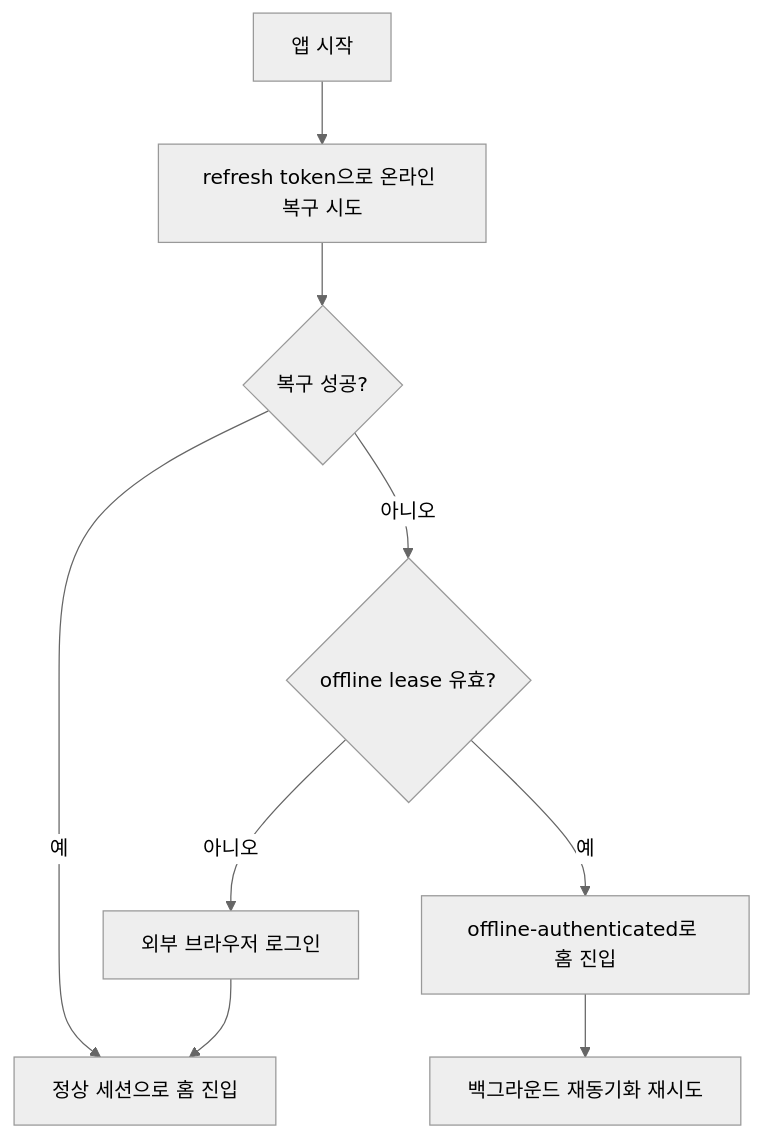
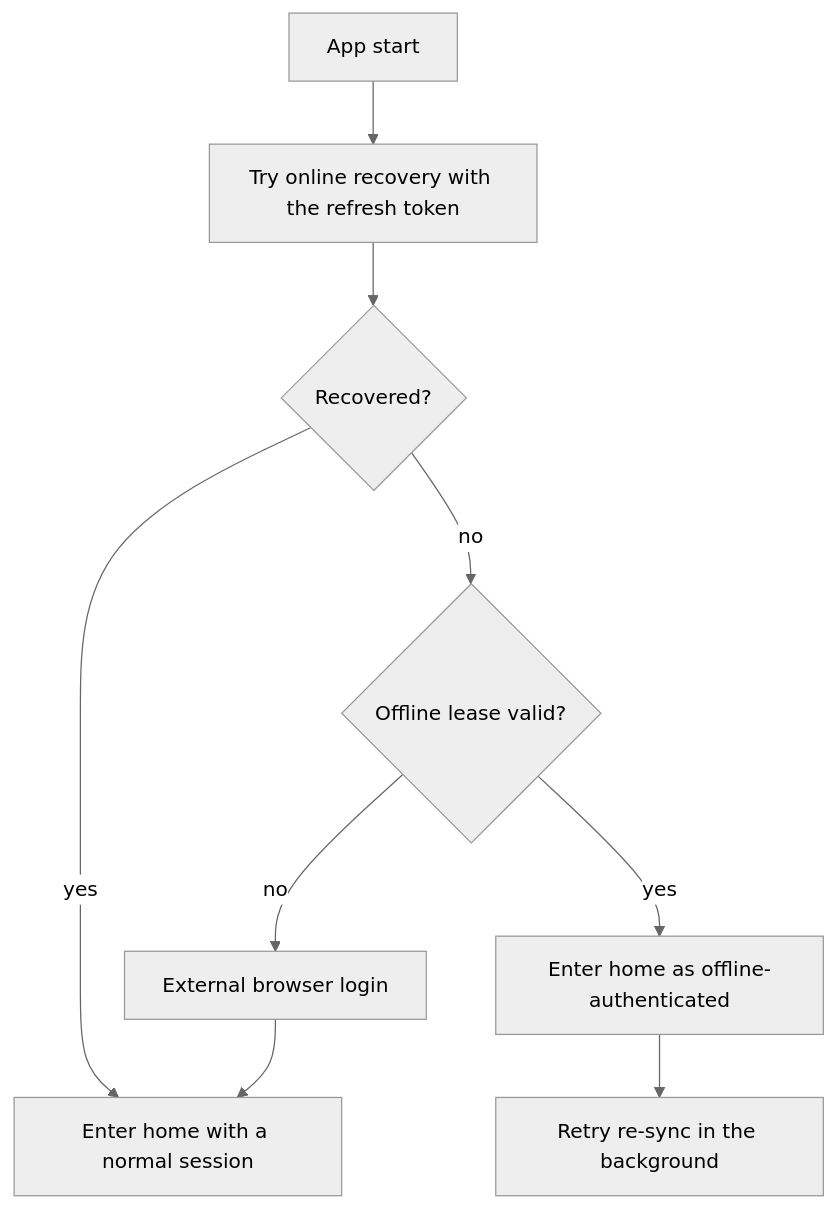
One commit to doldolma/Dolgate changed the second of 2 diagrams in docs/architecture.md. Above: the diagram before and after it, drawn with Mermaid (neutral theme). The commit also changed other lines of this file and 382 other files, not shown here.

````diff
--- a/docs/architecture.md
+++ b/docs/architecture.md
@@ -97,11 +97,11 @@
 ```mermaid
 flowchart TD
-  Start["앱 시작"] --> Refresh["refresh token으로 온라인 복구 시도"]
-  Refresh --> Online{"복구 성공?"}
-  Online -->|예| Ready["정상 세션으로 홈 진입"]
-  Online -->|아니오| Lease{"offline lease 유효?"}
-  Lease -->|예| Offline["offline-authenticated로 홈 진입"]
-  Offline --> Resync["백그라운드 재동기화 재시도"]
-  Lease -->|아니오| Browser["외부 브라우저 로그인"]
+  Start["App start"] --> Refresh["Try online recovery with the refresh token"]
+  Refresh --> Online{"Recovered?"}
+  Online -->|yes| Ready["Enter home with a normal session"]
+  Online -->|no| Lease{"Offline lease valid?"}
+  Lease -->|yes| Offline["Enter home as offline-authenticated"]
+  Offline --> Resync["Retry re-sync in the background"]
+  Lease -->|no| Browser["External browser login"]
   Browser --> Ready
 ```
````
